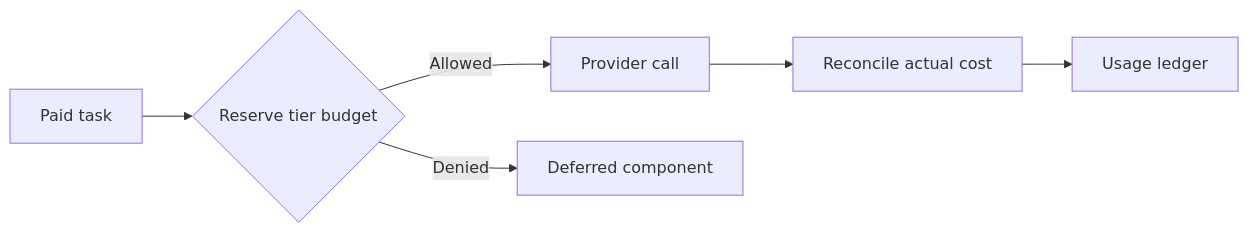
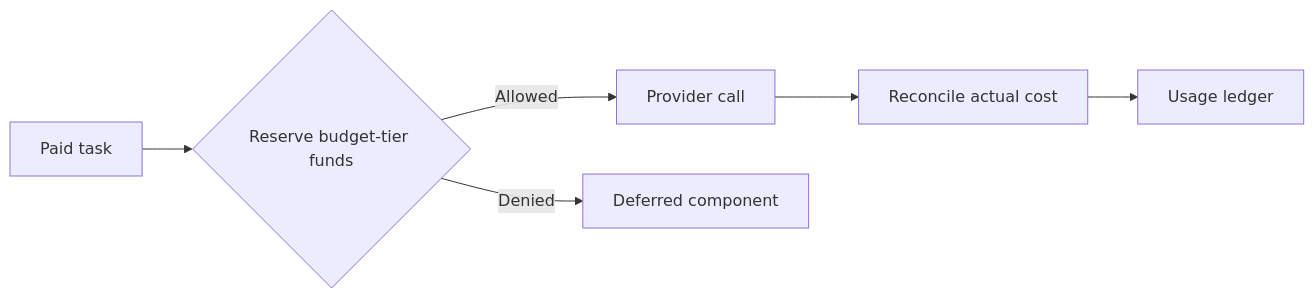
Diagram 27 of 29 in specs/property-focus/master-plan.md (robsgreen/property-focus), drawn with Mermaid before and after one commit. The commit also changed other lines of this file, not shown here.

````diff
--- a/specs/property-focus/master-plan.md
+++ b/specs/property-focus/master-plan.md
@@ -575,8 +601,8 @@
 ```mermaid
 flowchart LR
-    Task[Paid task] --> Reserve{Reserve tier budget}
+    Task[Paid task] --> Reserve{Reserve budget-tier funds}
     Reserve -->|Allowed| Call[Provider call]
     Reserve -->|Denied| Defer[Deferred component]
     Call --> Reconcile[Reconcile actual cost]
     Reconcile --> Ledger[Usage ledger]
 ```
````
